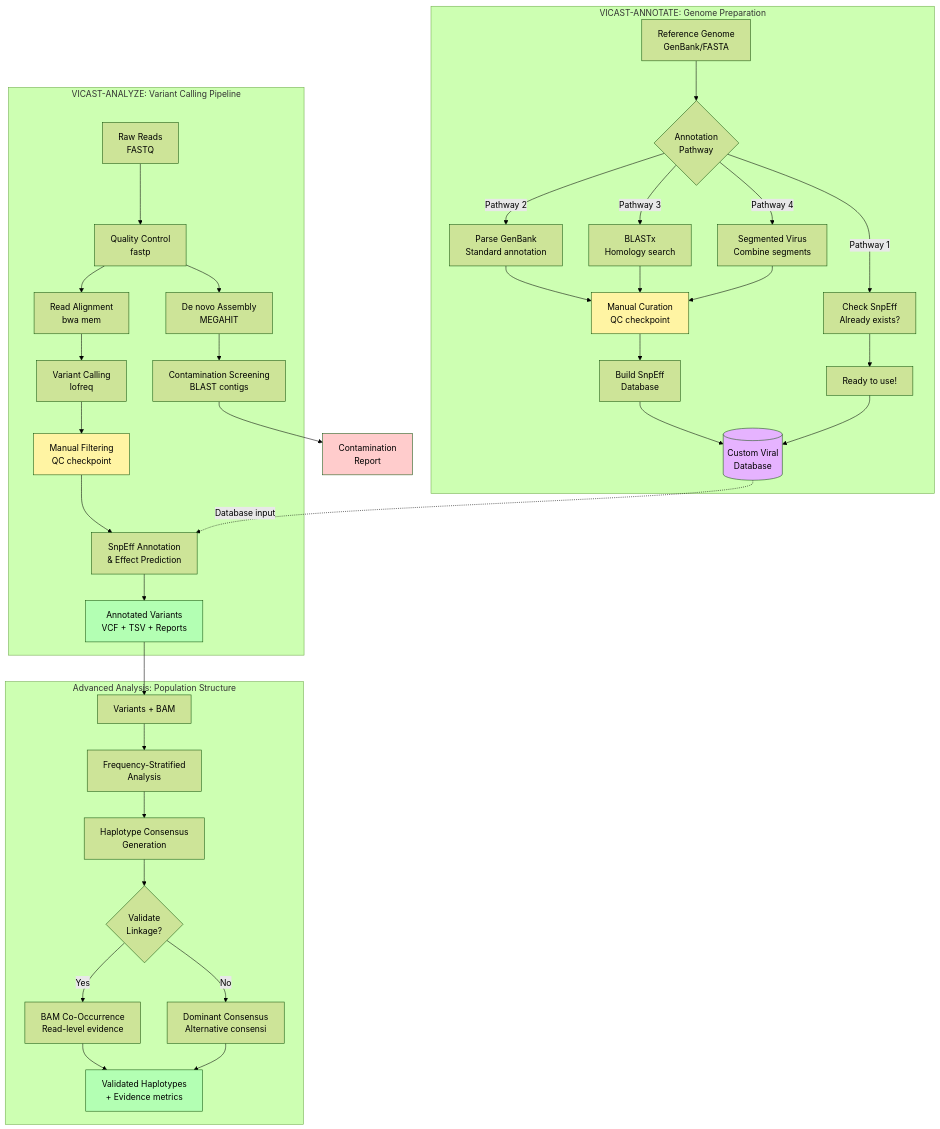
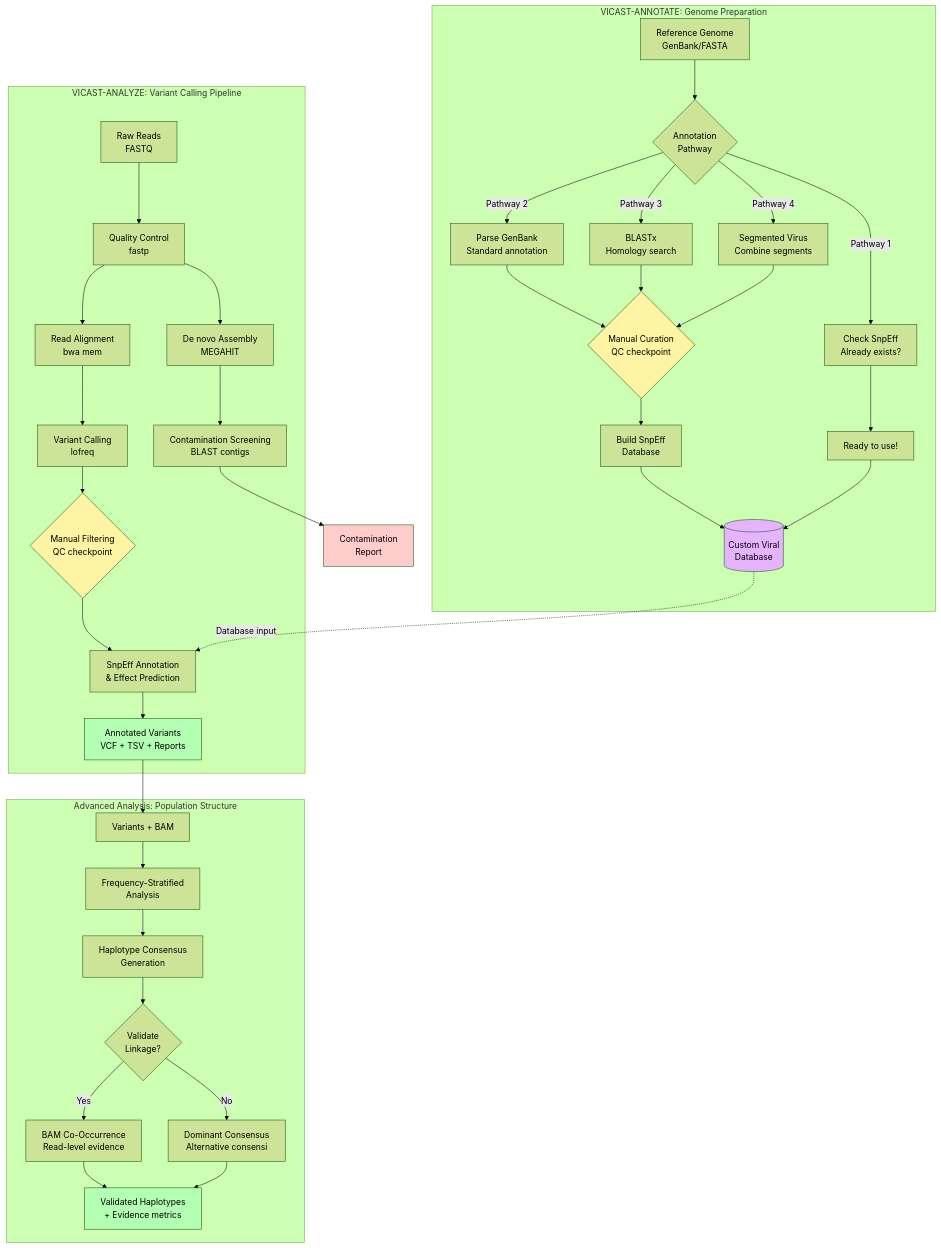
One commit to mihinduk/VICAST changed the diagram in docs/user_guides/README.md. Above: the diagram before and after it, drawn with Mermaid (forest theme). The commit also changed other lines of this file, not shown here.

First line of the commit message:
Fix workflow diagram: make QC checkpoints diamonds and update legend

````diff
--- a/docs/user_guides/README.md
+++ b/docs/user_guides/README.md
@@ -17,50 +16,50 @@
 ```mermaid
 flowchart TB
     subgraph "VICAST-ANNOTATE: Genome Preparation"
         A1[Reference Genome<br/>GenBank/FASTA] --> A2{Annotation<br/>Pathway}
         A2 -->|Pathway 1| A3[Check SnpEff<br/>Already exists?]
         A2 -->|Pathway 2| A4[Parse GenBank<br/>Standard annotation]
         A2 -->|Pathway 3| A5[BLASTx<br/>Homology search]
         A2 -->|Pathway 4| A6[Segmented Virus<br/>Combine segments]
 
         A3 --> A7[Ready to use!]
-        A4 --> A8[Manual Curation<br/>QC checkpoint]
+        A4 --> A8{Manual Curation<br/>QC checkpoint}
         A5 --> A8
         A6 --> A8
         A8 --> A9[Build SnpEff<br/>Database]
         A9 --> A10[(Custom Viral<br/>Database)]
         A7 --> A10
     end
 
     subgraph "VICAST-ANALYZE: Variant Calling Pipeline"
         B1[Raw Reads<br/>FASTQ] --> B2[Quality Control<br/>fastp]
         B2 --> B3[Read Alignment<br/>bwa mem]
         B2 --> B4[De novo Assembly<br/>MEGAHIT]
         B4 --> B5[Contamination Screening<br/>BLAST contigs]
         B3 --> B6[Variant Calling<br/>lofreq]
-        B6 --> B7[Manual Filtering<br/>QC checkpoint]
+        B6 --> B7{Manual Filtering<br/>QC checkpoint}
         B7 --> B8[SnpEff Annotation<br/>& Effect Prediction]
         A10 -.Database input.-> B8
         B8 --> B9[Annotated Variants<br/>VCF + TSV + Reports]
     end
 
     subgraph "Advanced Analysis: Population Structure"
         C1[Variants + BAM] --> C2[Frequency-Stratified<br/>Analysis]
         C2 --> C3[Haplotype Consensus<br/>Generation]
         C3 --> C4{Validate<br/>Linkage?}
         C4 -->|Yes| C5[BAM Co-Occurrence<br/>Read-level evidence]
         C4 -->|No| C6[Dominant Consensus<br/>Alternative consensi]
         C5 --> C7[Validated Haplotypes<br/>+ Evidence metrics]
         C6 --> C7
     end
 
     B9 --> C1
     B5 --> C8[Contamination<br/>Report]
 
     style A8 fill:#fff4a3
     style B7 fill:#fff4a3
     style A10 fill:#e6b3ff
     style C8 fill:#ffcccc
     style C7 fill:#b3ffb3
     style B9 fill:#b3ffb3
 ```
````
